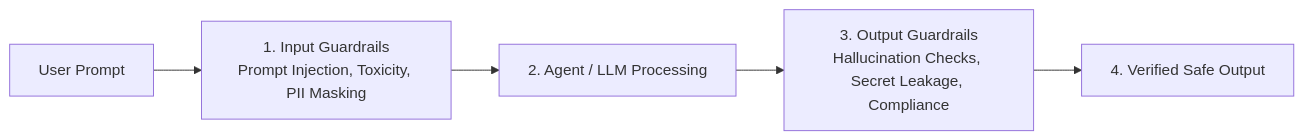
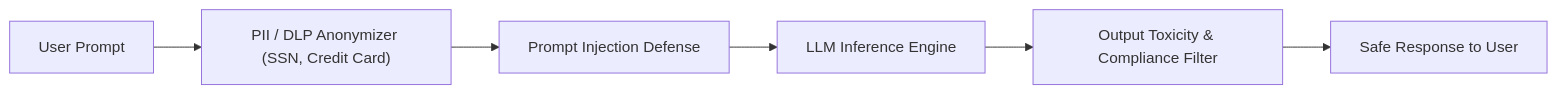
The diagram in docs/developer-portal/guardrails.md (bhakha-services/naagmani-docs), drawn with Mermaid before and after one commit. The commit also changed other lines of this file and 105 other files, not shown here.

````diff
--- a/docs/developer-portal/guardrails.md
+++ b/docs/developer-portal/guardrails.md
@@ -9,7 +7,8 @@
 ```mermaid
 graph LR
-    User[User Prompt] --> InputGuard[1. Input Guardrails<br/>Prompt Injection, Toxicity, PII Masking]
-    InputGuard --> Agent[2. Agent / LLM Processing]
-    Agent --> OutputGuard[3. Output Guardrails<br/>Hallucination Checks, Secret Leakage, Compliance]
-    OutputGuard --> Delivered[4. Verified Safe Output]
+    Prompt["User Prompt"] --> PII["PII / DLP Anonymizer (SSN, Credit Card)"]
+    PII --> PromptShield["Prompt Injection Defense"]
+    PromptShield --> Model["LLM Inference Engine"]
+    Model --> Toxicity["Output Toxicity & Compliance Filter"]
+    Toxicity --> Response["Safe Response to User"]
 ```
````
